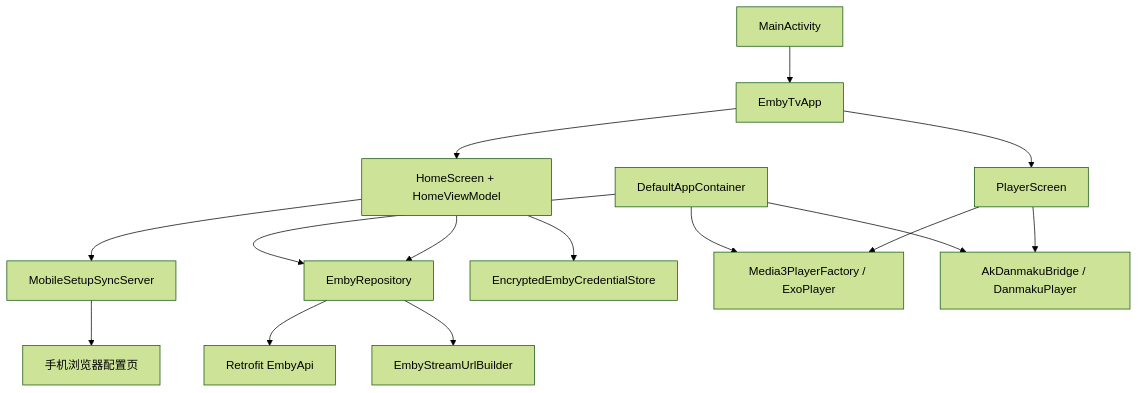
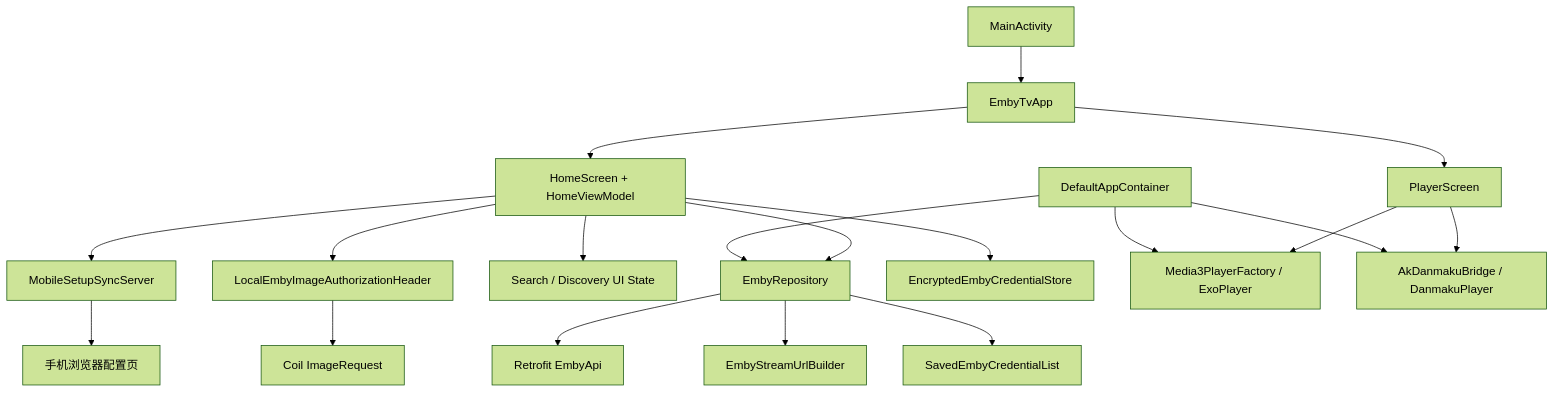
One commit to zcw199604/embyTv changed the first of 2 diagrams in helloagents/main/wiki/arch.md. Above: the diagram before and after it, drawn with Mermaid (forest theme). The commit also changed other lines of this file and 38 other files, not shown here.

````diff
--- a/helloagents/main/wiki/arch.md
+++ b/helloagents/main/wiki/arch.md
@@ -4,17 +4,21 @@
 ```mermaid
 flowchart TD
     Activity["MainActivity"] --> App["EmbyTvApp"]
     App --> Home["HomeScreen + HomeViewModel"]
     App --> Player["PlayerScreen"]
     Home --> Repo["EmbyRepository"]
     Home --> Sync["MobileSetupSyncServer"]
+    Home --> Search["Search / Discovery UI State"]
+    Home --> ImageAuth["LocalEmbyImageAuthorizationHeader"]
     Sync --> Phone["手机浏览器配置页"]
     Home --> Store["EncryptedEmbyCredentialStore"]
     Repo --> Api["Retrofit EmbyApi"]
     Repo --> Url["EmbyStreamUrlBuilder"]
+    ImageAuth --> Coil["Coil ImageRequest"]
+    Repo --> StoreList["SavedEmbyCredentialList"]
     Player --> Media3["Media3PlayerFactory / ExoPlayer"]
     Player --> Danmaku["AkDanmakuBridge / DanmakuPlayer"]
     Core["DefaultAppContainer"] --> Repo
     Core --> Media3
     Core --> Danmaku
 ```
````
